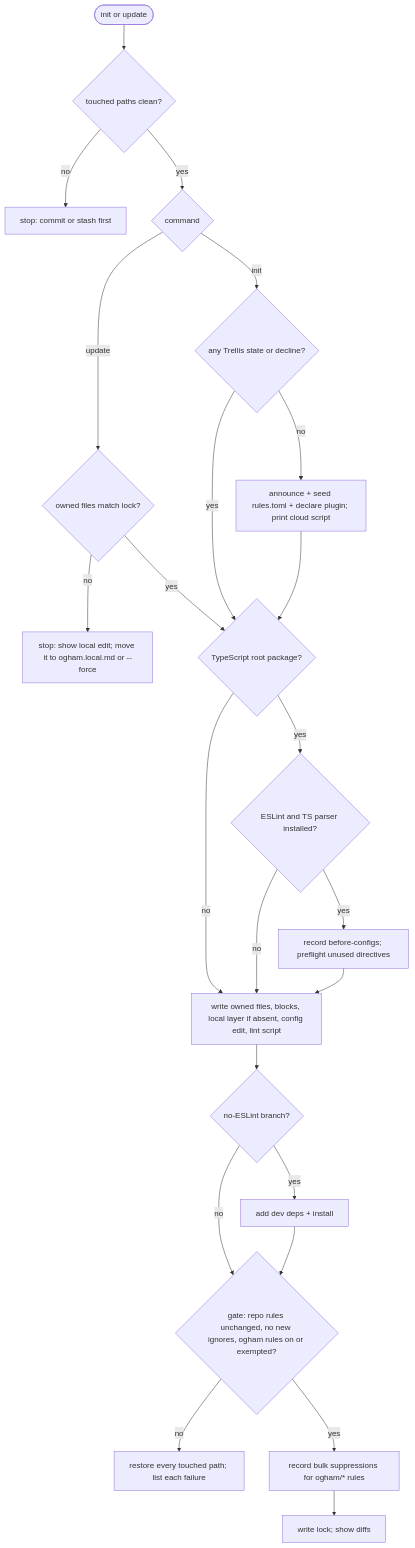
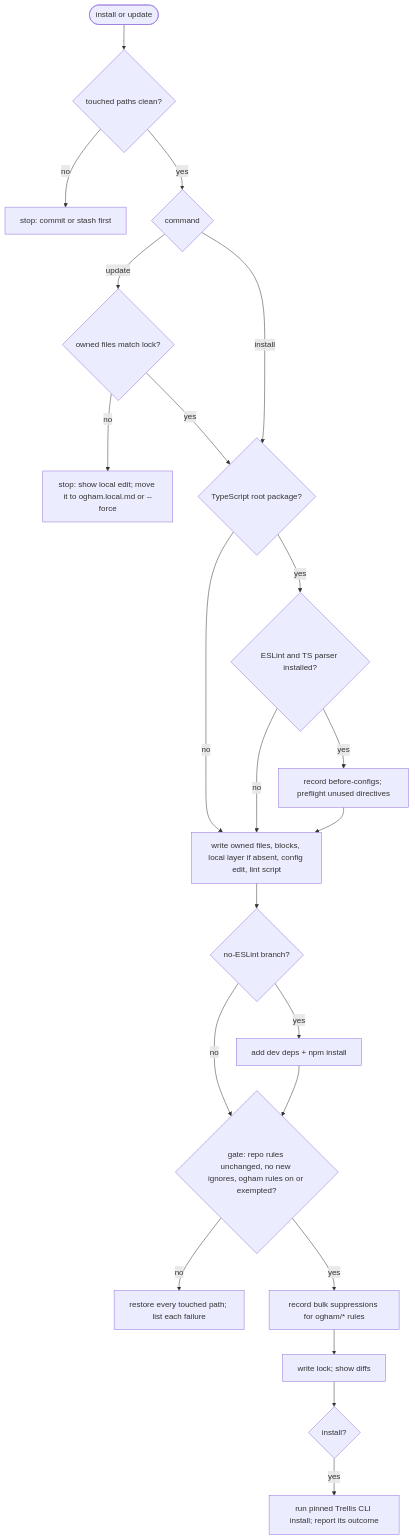
The second of 2 diagrams in docs/plans/2026-10-08-0641-feat-ogham-coding-standards-companion-plan.md (kodhama/ogham), drawn with Mermaid before and after one commit. The commit also changed other lines of this file, not shown here.

First line of the commit message:
docs(plan): apply D19/D20, the Kodhama install model

````diff
--- a/docs/plans/2026-10-08-0641-feat-ogham-coding-standards-companion-plan.md
+++ b/docs/plans/2026-10-08-0641-feat-ogham-coding-standards-companion-plan.md
@@ -309,25 +328,24 @@
 ```mermaid
 flowchart TD
-  start([init or update]) --> dirty{"touched paths clean?"}
+  start([install or update]) --> dirty{"touched paths clean?"}
   dirty -- no --> stop1[stop: commit or stash first]
   dirty -- yes --> mode{command}
   mode -- update --> tamper{"owned files match lock?"}
   tamper -- no --> stop2[stop: show local edit; move it to ogham.local.md or --force]
   tamper -- yes --> base
-  mode -- init --> trellis{"any Trellis state or decline?"}
-  trellis -- yes --> base
-  trellis -- no --> seed[announce + seed rules.toml + declare plugin; print cloud script]
-  seed --> base
+  mode -- install --> base
   base{"TypeScript root package?"} -- no --> apply
   base -- yes --> eslint{"ESLint and TS parser installed?"}
   eslint -- yes --> before[record before-configs; preflight unused directives]
   eslint -- no --> apply
   before --> apply
-  apply[write owned files, blocks, local layer if absent, config edit, lint script] --> install{"no-ESLint branch?"}
-  install -- yes --> pm[add dev deps + install]
-  install -- no --> verify
+  apply[write owned files, blocks, local layer if absent, config edit, lint script] --> noeslint{"no-ESLint branch?"}
+  noeslint -- yes --> pm[add dev deps + npm install]
+  noeslint -- no --> verify
   pm --> verify
   verify{"gate: repo rules unchanged, no new ignores, ogham rules on or exempted?"} -- no --> rollback[restore every touched path; list each failure]
   verify -- yes --> supp[record bulk suppressions for ogham/* rules]
   supp --> lockw[write lock; show diffs]
+  lockw --> trl{"install?"}
+  trl -- yes --> trellis[run pinned Trellis CLI install; report its outcome]
 ```
````
